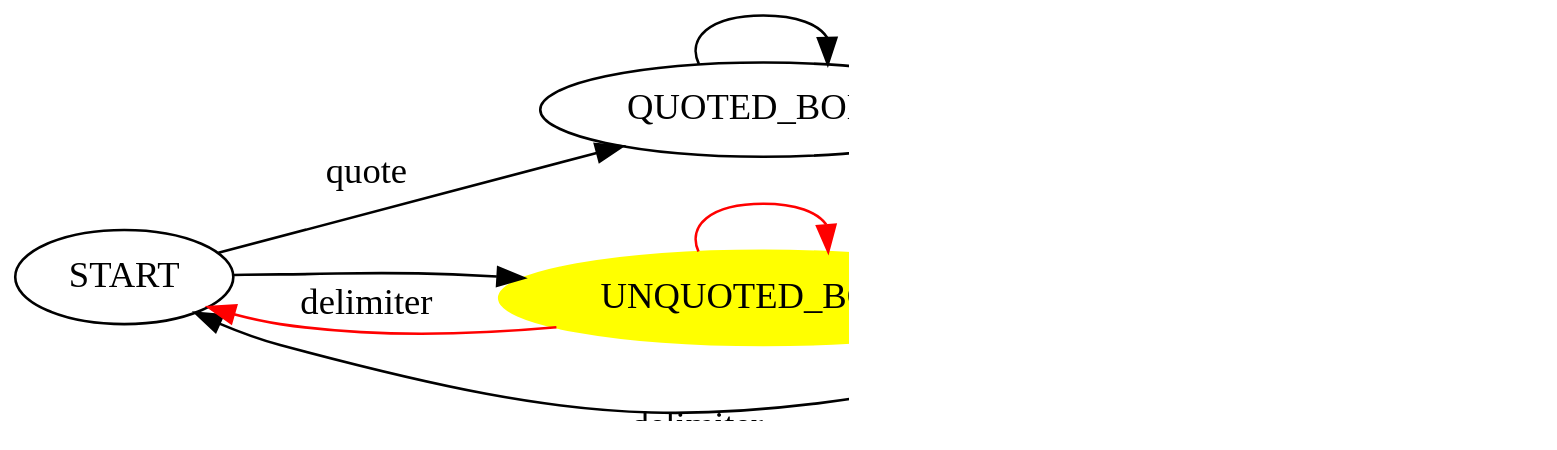
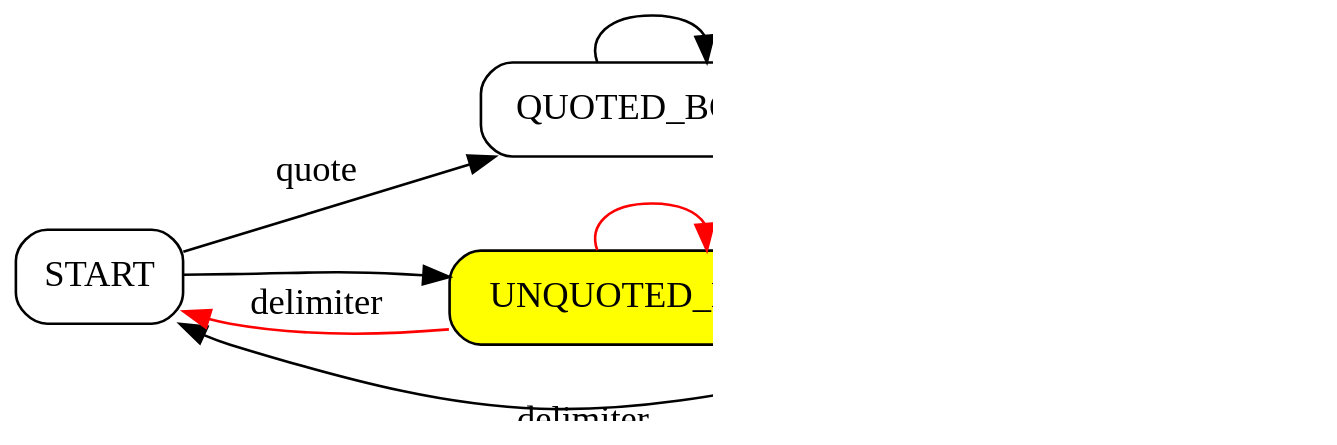
Before and after one commit to inponomarev/java-mipt: the fifth of 8 diagrams in slides05/src/main/asciidoc/lecture.adoc, drawn with Graphviz. The commit also changed other lines of this file and 2 other files, not shown here.

```diff
--- a/slides05/src/main/asciidoc/lecture.adoc
+++ b/slides05/src/main/asciidoc/lecture.adoc
@@ -250,16 +249,17 @@
-[graphviz, "unquoted_body.png"]
+[graphviz,unquoted_body]
 ----
 digraph G {
   graph [ dpi = 140 ];
+  node[shape=block, style="rounded"];
   rankdir="LR";
   START -> QUOTED_BODY [label="quote"];
   QUOTED_BODY -> QUOTE_READ [label="quote"];
   QUOTED_BODY -> QUOTED_BODY [label = ""];
   QUOTE_READ -> QUOTED_BODY [label="quote"];
   START -> UNQUOTED_BODY;
-  UNQUOTED_BODY [style="filled",color="yellow", fillcolor="yellow"]
+  UNQUOTED_BODY [style="rounded,filled", fillcolor="yellow"]
   UNQUOTED_BODY -> UNQUOTED_BODY [color="red"];
   QUOTE_READ -> START [xlabel="delimiter"]
   UNQUOTED_BODY -> START [label="delimiter", color="red"]
 }
 ----
```
